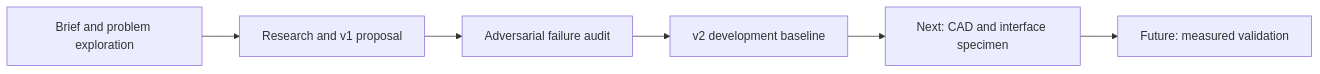
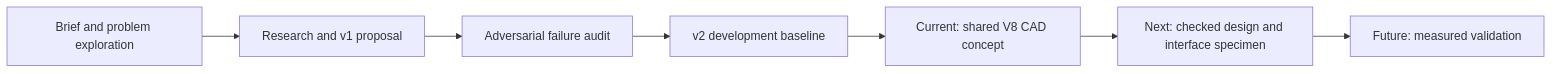
The diagram in README.md (Girish-0/AMRX), drawn with Mermaid before and after one commit. The commit also changed other lines of this file and 5 other files, not shown here.

````diff
--- a/README.md
+++ b/README.md
@@ -27,8 +29,9 @@
 ```mermaid
 flowchart LR
     A[Brief and problem exploration] --> B[Research and v1 proposal]
     B --> C[Adversarial failure audit]
     C --> D[v2 development baseline]
-    D --> E[Next: CAD and interface specimen]
-    E --> F[Future: measured validation]
+    D --> E[Current: shared V8 CAD concept]
+    E --> G[Next: checked design and interface specimen]
+    G --> F[Future: measured validation]
 ```
````
